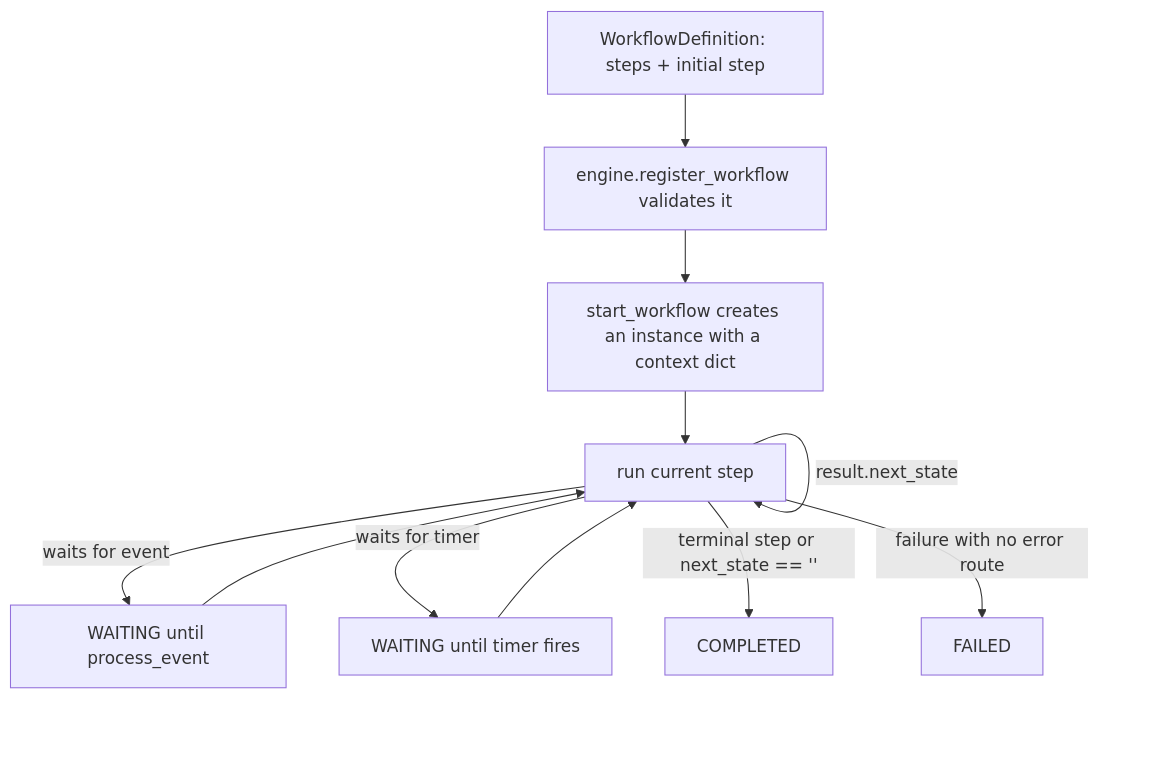
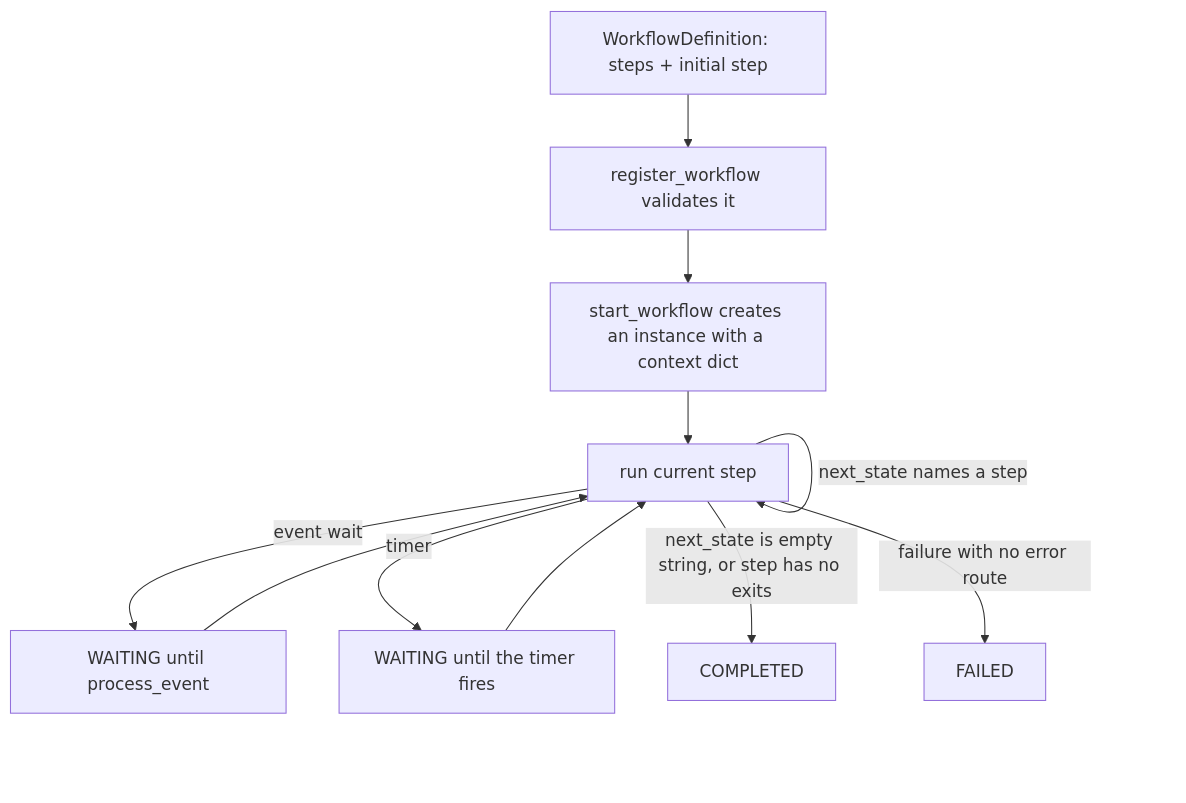
One commit to NikolasMarkou/fsm_llm changed the diagram in src/fsm_llm/workflows/README.md. Above: the diagram before and after it, drawn with Mermaid. The commit also changed other lines of this file and 49 other files, not shown here.

````diff
--- a/src/fsm_llm/workflows/README.md
+++ b/src/fsm_llm/workflows/README.md
@@ -11,13 +11,13 @@
 ```mermaid
 flowchart TD
-    D[WorkflowDefinition: steps + initial step] --> R[engine.register_workflow validates it]
+    D[WorkflowDefinition: steps + initial step] --> R[register_workflow validates it]
     R --> S[start_workflow creates an instance with a context dict]
     S --> X[run current step]
-    X -- result.next_state --> X
-    X -- waits for event --> W[WAITING until process_event]
-    X -- waits for timer --> T[WAITING until timer fires]
+    X -- next_state names a step --> X
+    X -- event wait --> W[WAITING until process_event]
+    X -- timer --> T[WAITING until the timer fires]
     W --> X
     T --> X
-    X -- terminal step or next_state == '' --> C[COMPLETED]
+    X -- next_state is empty string, or step has no exits --> C[COMPLETED]
     X -- failure with no error route --> F[FAILED]
 ```
````
